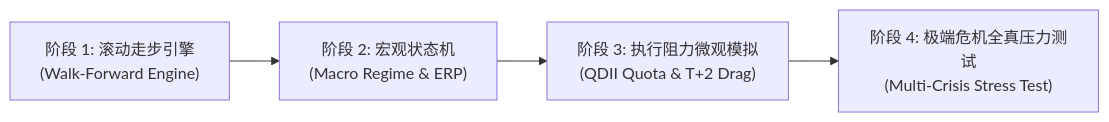
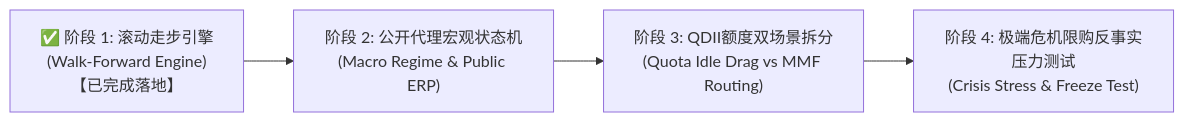
The diagram in FUND/README.md (liuqi6776/quant_conclusion), drawn with Mermaid before and after one commit. The commit also changed other lines of this file and 5 other files, not shown here.

Commit message:
feat(otc_fund): implement walk-forward optimization engine, dynamic risk parity, and convergence diagnostics

````diff
--- a/FUND/README.md
+++ b/FUND/README.md
@@ -31,6 +29,6 @@
 ```mermaid
 flowchart LR
-    A["阶段 1: 滚动走步引擎<br>(Walk-Forward Engine)"] --> B["阶段 2: 宏观状态机<br>(Macro Regime & ERP)"]
-    B --> C["阶段 3: 执行阻力微观模拟<br>(QDII Quota & T+2 Drag)"]
-    C --> D["阶段 4: 极端危机全真压力测试<br>(Multi-Crisis Stress Test)"]
+    A["✅ 阶段 1: 滚动走步引擎<br>(Walk-Forward Engine)<br>【已完成落地】"] --> B["阶段 2: 公开代理宏观状态机<br>(Macro Regime & Public ERP)"]
+    B --> C["阶段 3: QDII额度双场景拆分<br>(Quota Idle Drag vs MMF Routing)"]
+    C --> D["阶段 4: 极端危机限购反事实压力测试<br>(Crisis Stress & Freeze Test)"]
 ```
````
